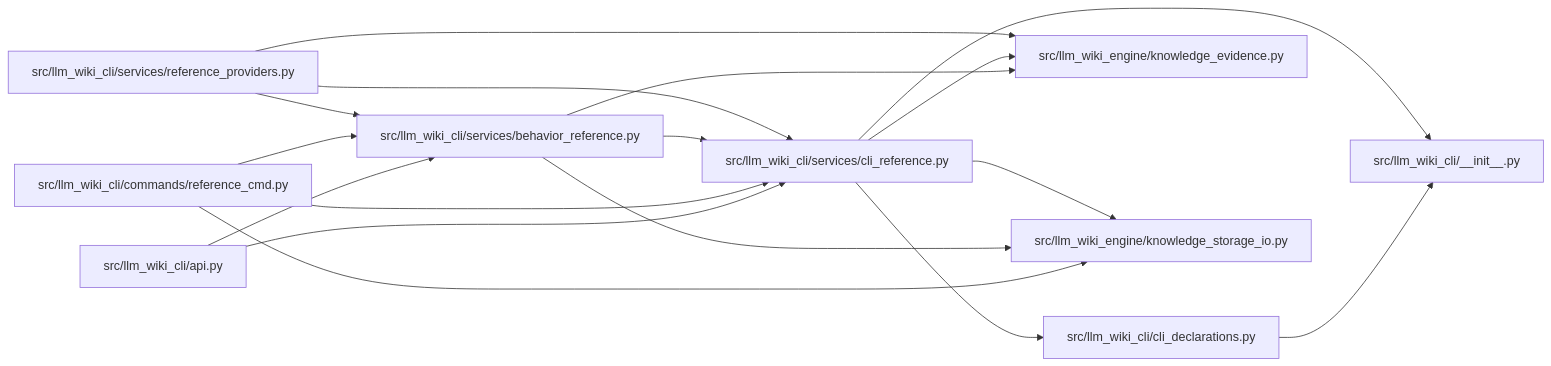
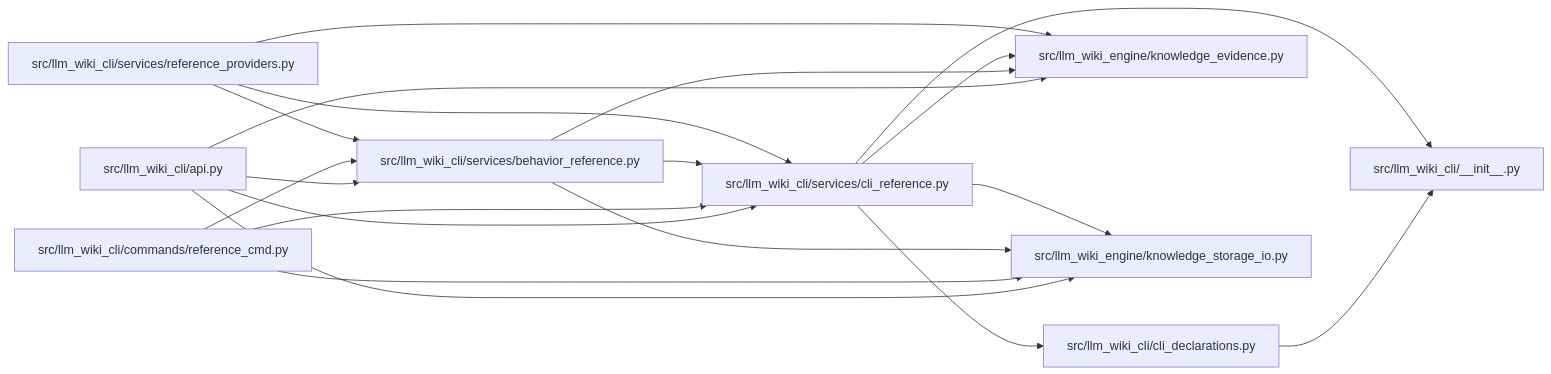
One commit to Denissvgn/python-wiki-llm changed the diagram in docs/llm_wiki/modules/cli_reference.md. Above: the diagram before and after it, drawn with Mermaid. The commit also changed 575 other files, not shown here.

````diff
--- a/docs/llm_wiki/modules/cli_reference.md
+++ b/docs/llm_wiki/modules/cli_reference.md
@@ -32,37 +32,39 @@
 ```mermaid
 flowchart LR
     n0["src/llm_wiki_cli/__init__.py"]
     n1["src/llm_wiki_cli/api.py"]
     n2["src/llm_wiki_cli/cli_declarations.py"]
     n3["src/llm_wiki_cli/commands/reference_cmd.py"]
     n4["src/llm_wiki_cli/services/behavior_reference.py"]
     n5["src/llm_wiki_cli/services/cli_reference.py"]
     n6["src/llm_wiki_cli/services/reference_providers.py"]
     n7["src/llm_wiki_engine/knowledge_evidence.py"]
     n8["src/llm_wiki_engine/knowledge_storage_io.py"]
     n1 --> n4
     n1 --> n5
+    n1 --> n7
+    n1 --> n8
     n2 --> n0
     n3 --> n4
     n3 --> n5
     n3 --> n8
     n4 --> n5
     n4 --> n7
     n4 --> n8
     n5 --> n0
     n5 --> n2
     n5 --> n7
     n5 --> n8
     n6 --> n4
     n6 --> n5
     n6 --> n7
     click n0 "../modules/llm_wiki_cli___init__.md"
     click n1 "../modules/api.md"
     click n2 "../modules/cli_declarations.md"
     click n3 "../modules/reference_cmd.md"
     click n4 "../modules/behavior_reference.md"
     click n5 "../modules/cli_reference.md"
     click n6 "../modules/reference_providers.md"
     click n7 "../modules/knowledge_evidence.md"
     click n8 "../modules/knowledge_storage_io.md"
 ```
````
